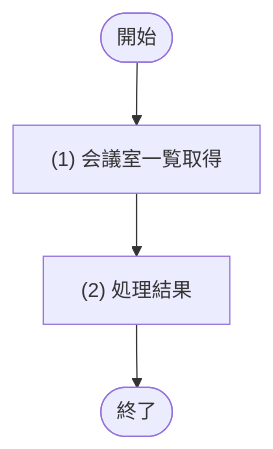
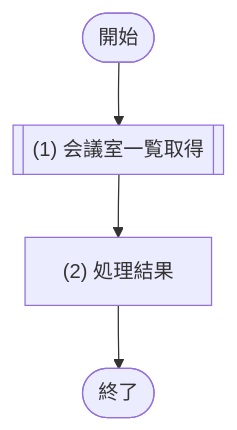
Before and after one commit to sikakou54/system-document-template: the diagram in docs/03_機能設計/03_API設計/API-014_会議室一覧取得.md, drawn with Mermaid. The commit also changed 28 other files, not shown here.

````diff
--- a/docs/03_機能設計/03_API設計/API-014_会議室一覧取得.md
+++ b/docs/03_機能設計/03_API設計/API-014_会議室一覧取得.md
@@ -46,9 +46,9 @@
 ```mermaid
 flowchart TD
   Start([開始])
-  P1["(1) 会議室一覧取得"]
+  P1[["(1) 会議室一覧取得"]]
   P2["(2) 処理結果"]
   End([終了])
 
   Start --> P1 --> P2 --> End
 ```
````
